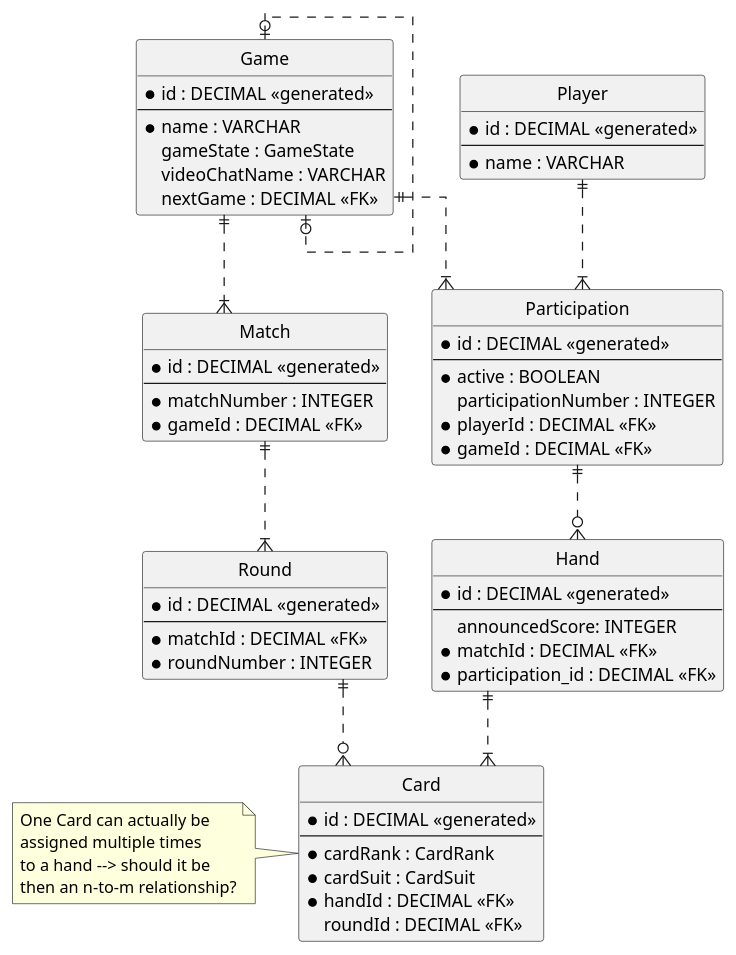
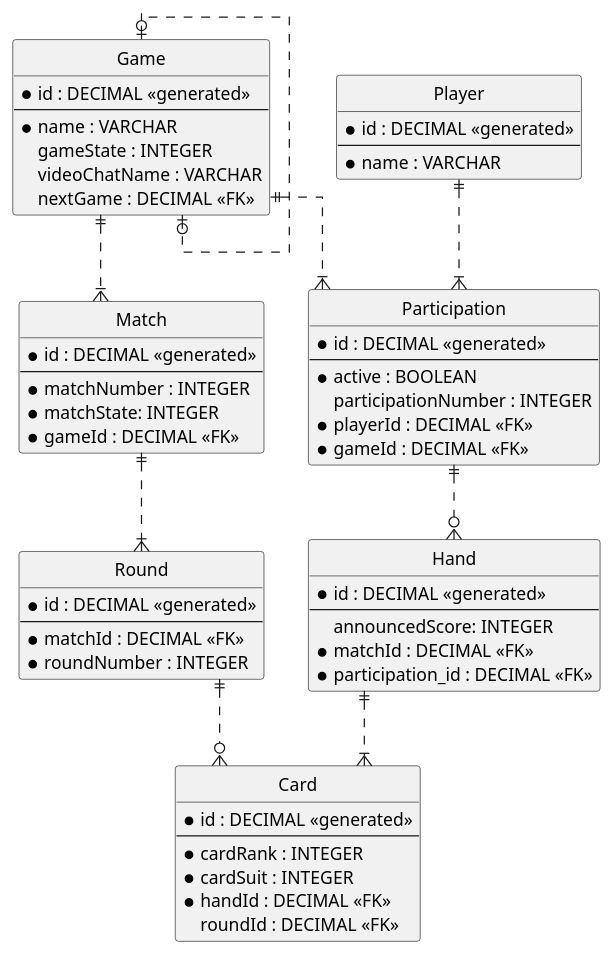
One commit to sopra-fs22-group-36/screw-your-neighbor-server changed the diagram in doc/m3/uml/db_schema.puml. Above: the diagram before and after it, drawn with PlantUML. The commit also changed 2 other files, not shown here.

Commit message:
enum is stored with datatype INTEGER

```diff
--- a/doc/m3/uml/db_schema.puml
+++ b/doc/m3/uml/db_schema.puml
@@ -3,87 +3,86 @@
 @startuml
 
 ' hide the spot
 hide circle
 
 ' avoid problems with angled crows feet
 skinparam linetype ortho
 
 entity "Card" as card {
   *id : DECIMAL <<generated>>
   --
-  *cardRank : CardRank
-  *cardSuit : CardSuit
+  *cardRank : INTEGER
+  *cardSuit : INTEGER
   *handId : DECIMAL <<FK>>
   roundId : DECIMAL <<FK>>
 }
-note left of card: One Card can actually be\nassigned multiple times\nto a hand --> should it be\nthen an n-to-m relationship?
-
 
 entity "Game" as game {
   *id : DECIMAL <<generated>>
   --
   *name : VARCHAR
-  gameState : GameState
+  gameState : INTEGER
   videoChatName : VARCHAR
   nextGame : DECIMAL <<FK>>
   'participationtogame_id : DECIMAL <<FK>>
 }
 /'
 entity "ParticipationToGame" as participationtogame {
   *id : DECIMAL <<generated>>
 --
   *gameId : DECIMAL <<FK>>
   *participationId : DECIMAL <<FK>>
 
 }'/
 
 entity "Hand" as hand {
   *id : DECIMAL <<generated>>
   --
   announcedScore: INTEGER
   *matchId : DECIMAL <<FK>>
   *participation_id : DECIMAL <<FK>>
 }
 
 entity "Match" as match {
   *id : DECIMAL <<generated>>
   --
   *matchNumber : INTEGER
+  *matchState: INTEGER
   *gameId : DECIMAL <<FK>>
 }
 
 entity "Participation" as participation {
   *id : DECIMAL <<generated>>
   --
   *active : BOOLEAN
   participationNumber : INTEGER
   *playerId : DECIMAL <<FK>>
   *gameId : DECIMAL <<FK>>
   '*gameToParticipationId : DECIMAL <<FK>>
 }
 
 entity "Player" as player {
   *id : DECIMAL <<generated>>
   --
   *name : VARCHAR
 }
 
 entity "Round" as round {
   *id : DECIMAL <<generated>>
   --
   *matchId : DECIMAL <<FK>>
   *roundNumber : INTEGER
 }
 
 round ||..o{ card
 hand ||..|{ card
 participation ||..o{ hand
 game |o..o| game
 game ||..|{ participation
 'game ||..o{ participationtogame
 'participation ||..o{ participationtogame
 player ||..|{ participation
 match ||..|{ round
 game ||..|{ match
 
 @enduml
```
